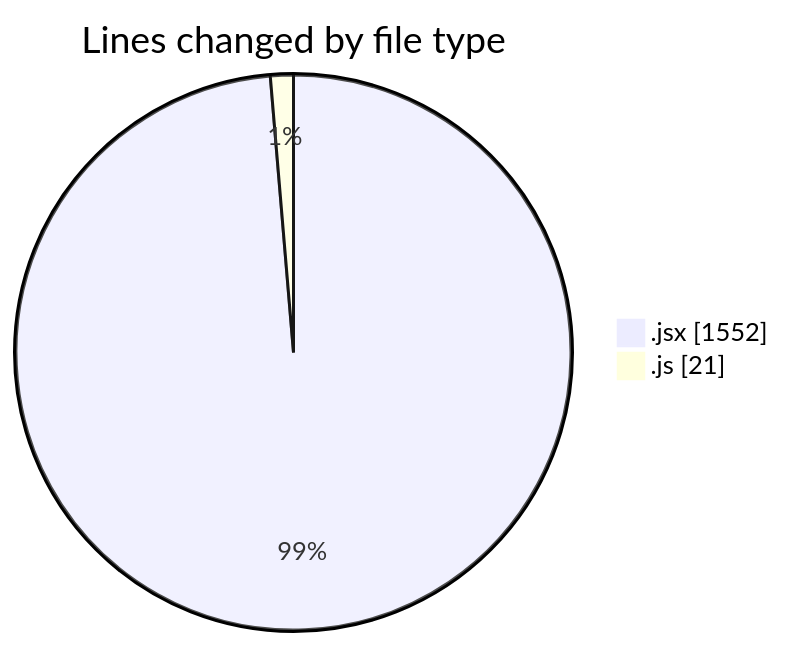
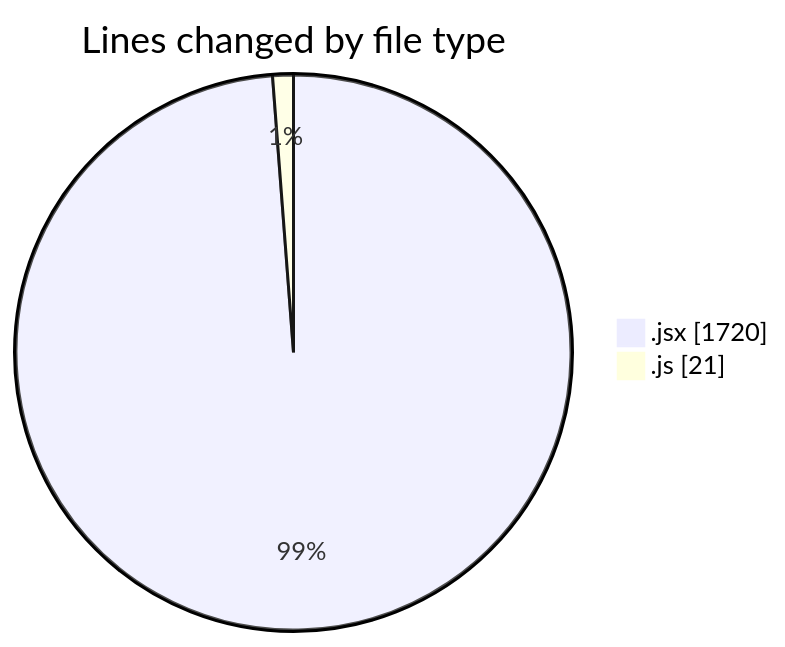
The first of 2 diagrams in 2025-08-03/nxtqube_webapp/README.md (nxtqubesakshisongat/code-tracking), drawn with Mermaid before and after one commit. The commit also changed other lines of this file and 1 other file, not shown here.

````diff
--- a/2025-08-03/nxtqube_webapp/README.md
+++ b/2025-08-03/nxtqube_webapp/README.md
@@ -23,6 +24,6 @@
 ```mermaid
 pie showData
 title Lines changed by file type
-".jsx" : 1552
+".jsx" : 1720
 ".js" : 21
 ```
````
